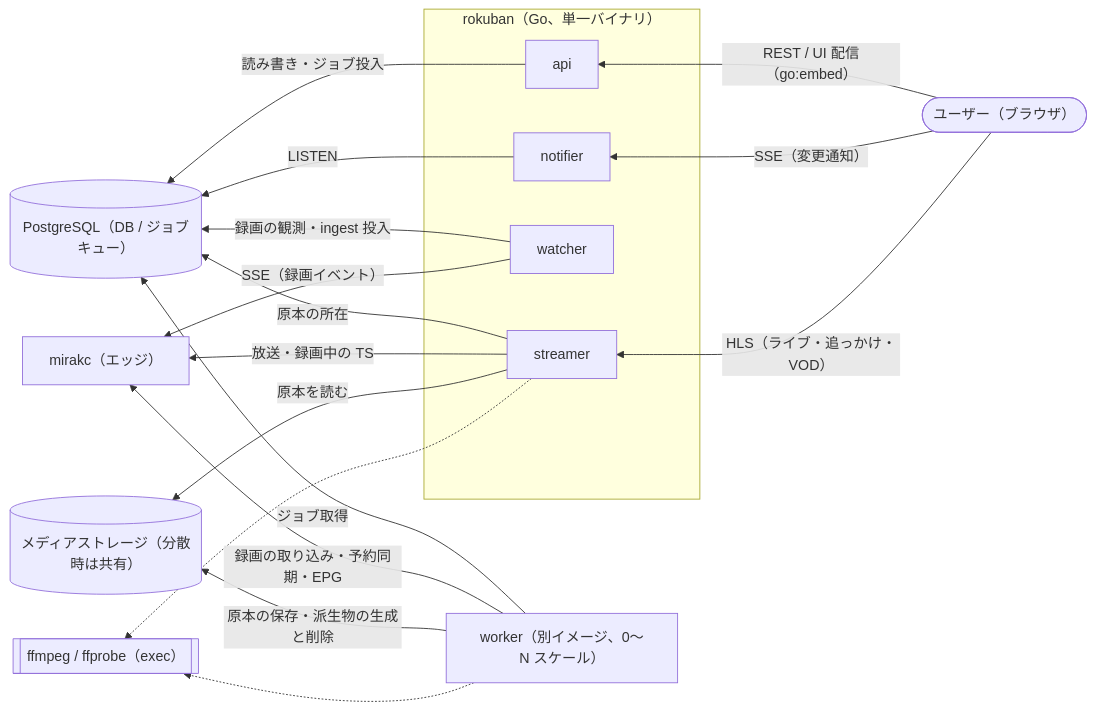
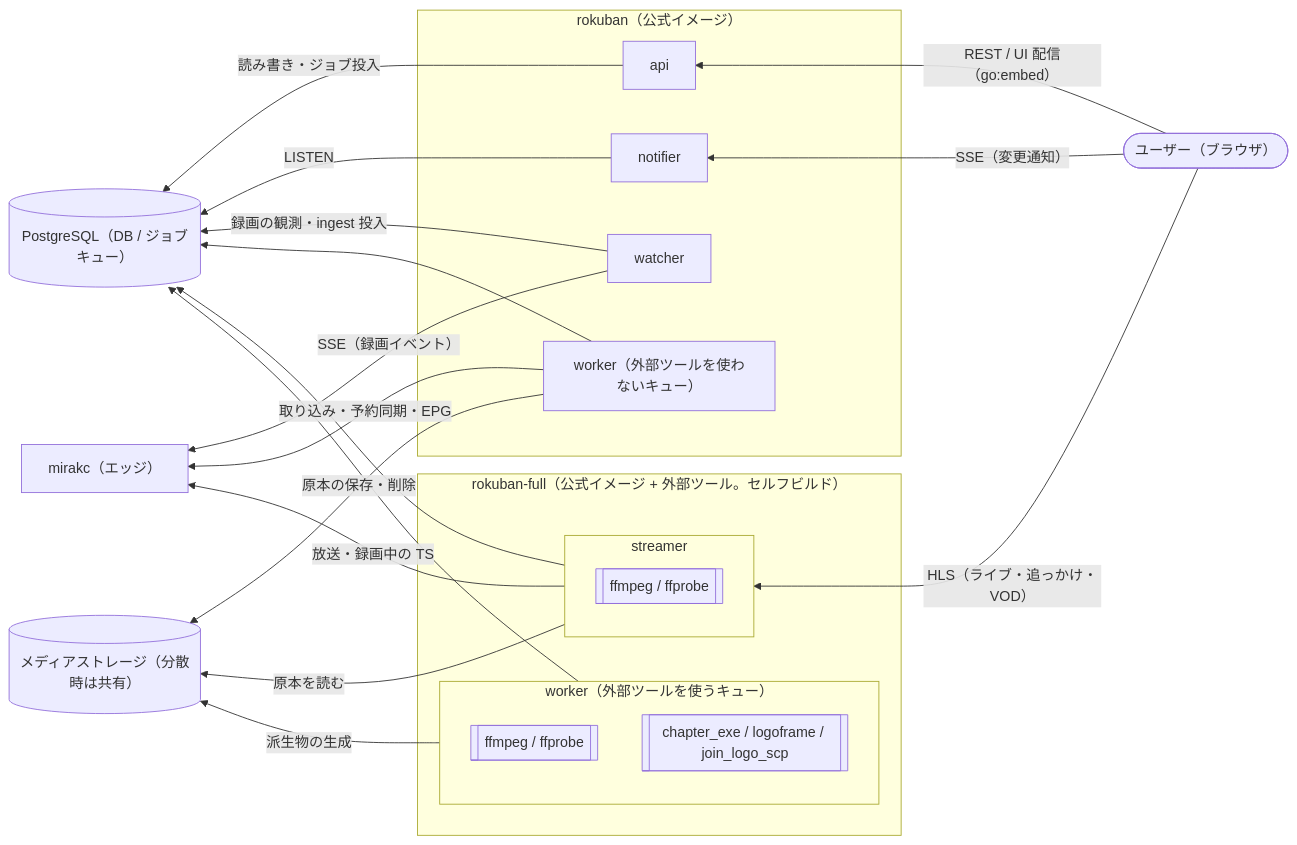
One commit to fetburner/rokuban changed the diagram in README.md. Above: the diagram before and after it, drawn with Mermaid. The commit also changed 1 other file, not shown here.

Commit message:
docs: 構成図をイメージで割り、外部ツールを exec するロールの中に置く
公式イメージと rokuban-full の箱に分け、ffmpeg / ffprobe と CM 検出の
ツール（chapter_exe / logoframe / join_logo_scp）を exec するロールの
箱の中に描く。worker は外部ツールを使うキューかどうかで 2 つに分ける。
キューとイメージの対応は deploy/k8s の image: に合わせた。

````diff
--- a/README.md
+++ b/README.md
@@ -16,30 +16,37 @@
 ```mermaid
 flowchart RL
     user(["ユーザー（ブラウザ）"])
-    subgraph bin["rokuban（Go、単一バイナリ）"]
+    subgraph official["rokuban（公式イメージ）"]
+        watcher
+        worker["worker（外部ツールを使わないキュー）"]
         api
         notifier
-        watcher
-        streamer
     end
-    worker["worker（別イメージ、0〜N スケール）"]
+    subgraph full["rokuban-full（公式イメージ + 外部ツール。セルフビルド）"]
+        subgraph streamer["streamer"]
+            sff[["ffmpeg / ffprobe"]]
+        end
+        subgraph fworker["worker（外部ツールを使うキュー）"]
+            wff[["ffmpeg / ffprobe"]]
+            cm[["chapter_exe / logoframe / join_logo_scp"]]
+        end
+    end
+    mirakc["mirakc（エッジ）"]
     pg[("PostgreSQL（DB / ジョブキュー）")]
-    mirakc["mirakc（エッジ）"]
     media[("メディアストレージ（分散時は共有）")]
-    ffmpeg[["ffmpeg / ffprobe（exec）"]]
     user -->|"REST / UI 配信（go:embed）"| api
     user -->|"SSE（変更通知）"| notifier
     user -->|"HLS（ライブ・追っかけ・VOD）"| streamer
     api -->|"読み書き・ジョブ投入"| pg
     notifier -->|"LISTEN"| pg
     watcher -->|"録画の観測・ingest 投入"| pg
     watcher -->|"SSE（録画イベント）"| mirakc
-    streamer -->|"原本の所在"| pg
+    worker --> pg
+    worker -->|"取り込み・予約同期・EPG"| mirakc
+    worker -->|"原本の保存・削除"| media
     streamer -->|"放送・録画中の TS"| mirakc
     streamer -->|"原本を読む"| media
-    streamer -.-> ffmpeg
-    worker -->|"ジョブ取得"| pg
-    worker -->|"録画の取り込み・予約同期・EPG"| mirakc
-    worker -->|"原本の保存・派生物の生成と削除"| media
-    worker -.-> ffmpeg
+    streamer --> pg
+    fworker -->|"派生物の生成"| media
+    fworker --> pg
 ```
````
